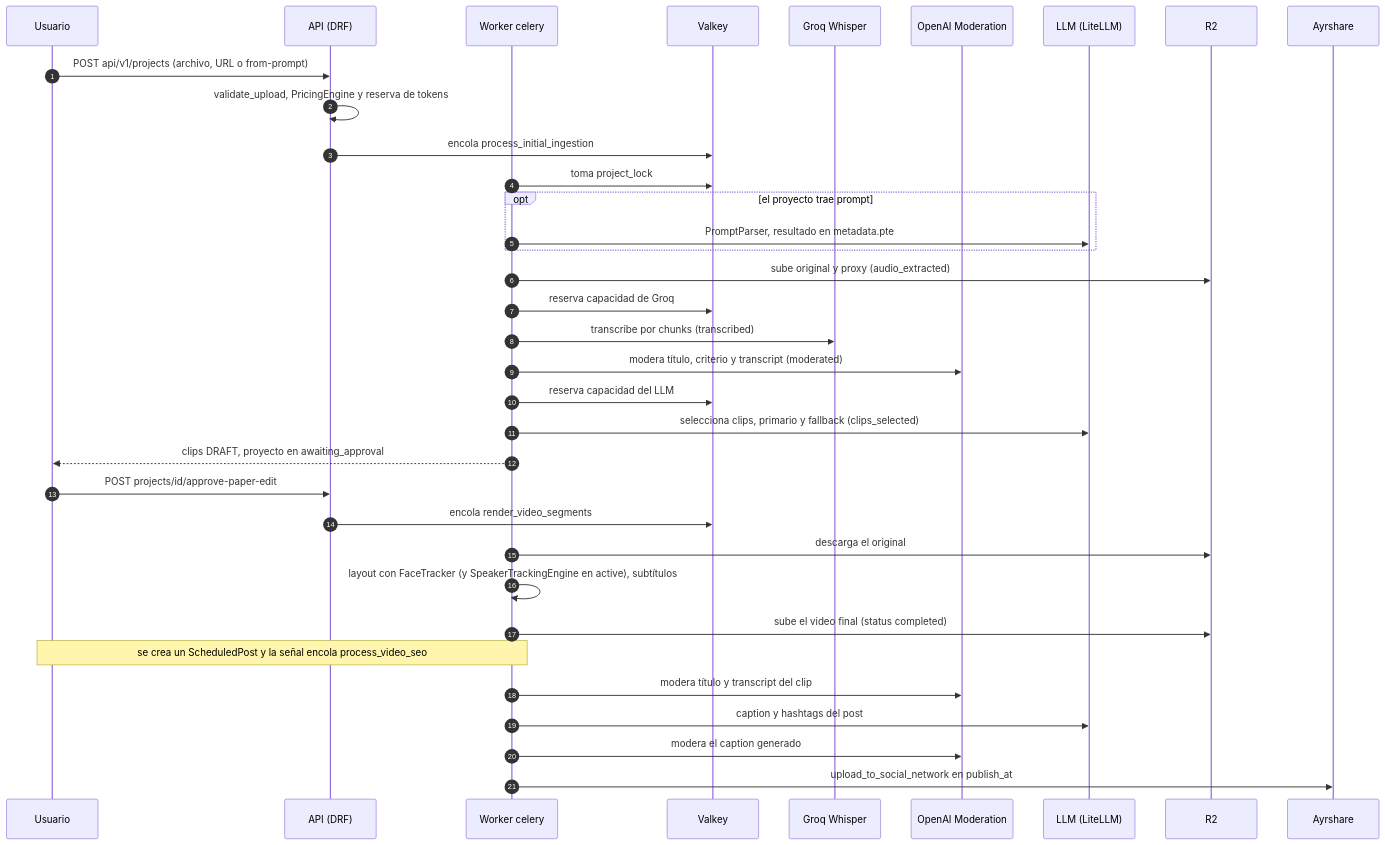
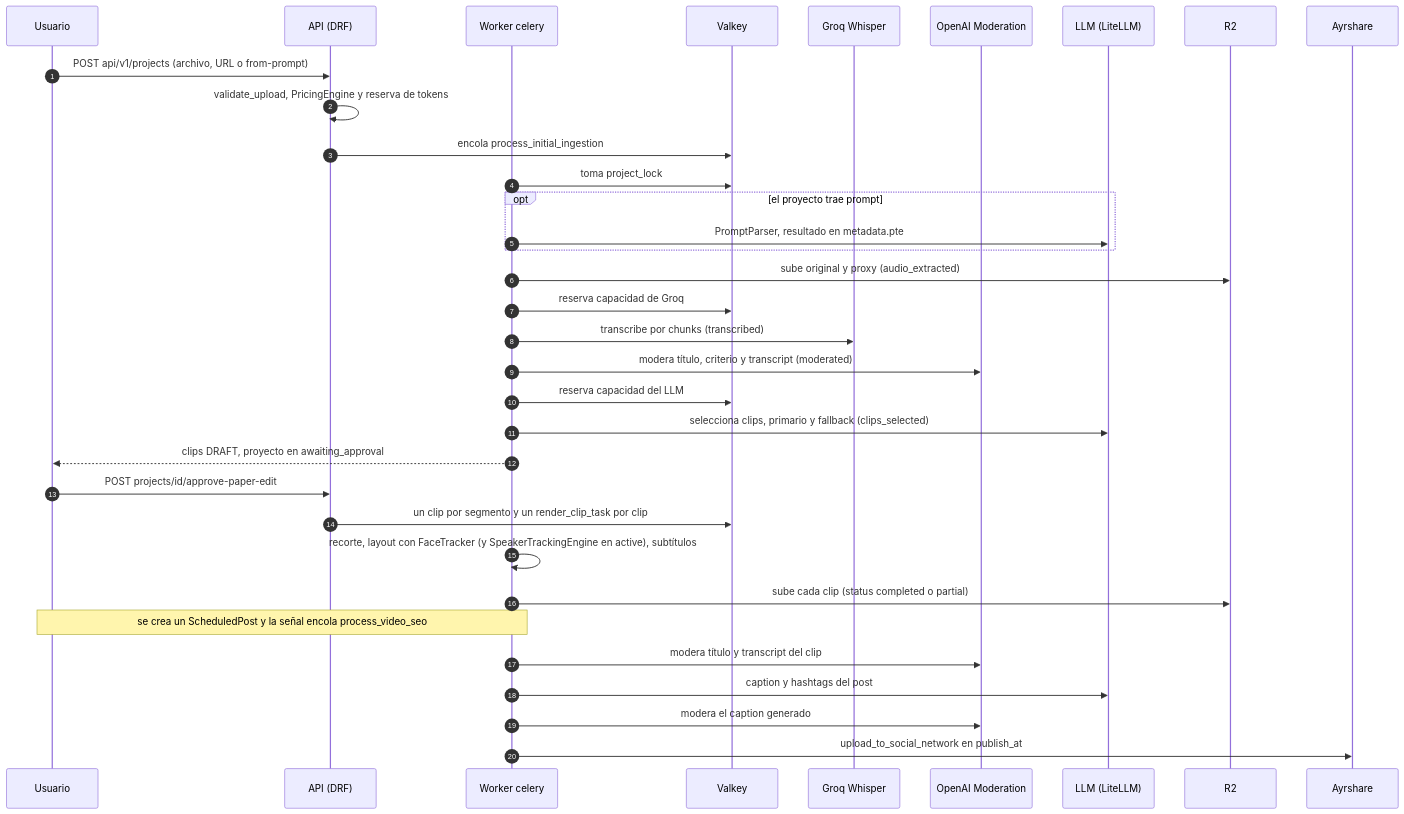
The second of 2 diagrams in documents/ia/README.md (RomeKai/videoeditUTN), drawn with Mermaid before and after one commit. The commit also changed other lines of this file and 17 other files, not shown here.

````diff
--- a/documents/ia/README.md
+++ b/documents/ia/README.md
@@ -100,38 +100,37 @@
 ```mermaid
 sequenceDiagram
     autonumber
     participant U as Usuario
     participant API as API (DRF)
     participant W as Worker celery
     participant VK as Valkey
     participant GQ as Groq Whisper
     participant OM as OpenAI Moderation
     participant LLM as LLM (LiteLLM)
     participant ST as R2
     participant AY as Ayrshare
 
     U->>API: POST api/v1/projects (archivo, URL o from-prompt)
     API->>API: validate_upload, PricingEngine y reserva de tokens
     API->>VK: encola process_initial_ingestion
     W->>VK: toma project_lock
     opt el proyecto trae prompt
         W->>LLM: PromptParser, resultado en metadata.pte
     end
     W->>ST: sube original y proxy (audio_extracted)
     W->>VK: reserva capacidad de Groq
     W->>GQ: transcribe por chunks (transcribed)
     W->>OM: modera título, criterio y transcript (moderated)
     W->>VK: reserva capacidad del LLM
     W->>LLM: selecciona clips, primario y fallback (clips_selected)
     W-->>U: clips DRAFT, proyecto en awaiting_approval
     U->>API: POST projects/id/approve-paper-edit
-    API->>VK: encola render_video_segments
-    W->>ST: descarga el original
-    W->>W: layout con FaceTracker (y SpeakerTrackingEngine en active), subtítulos
-    W->>ST: sube el video final (status completed)
+    API->>VK: un clip por segmento y un render_clip_task por clip
+    W->>W: recorte, layout con FaceTracker (y SpeakerTrackingEngine en active), subtítulos
+    W->>ST: sube cada clip (status completed o partial)
     Note over U,W: se crea un ScheduledPost y la señal encola process_video_seo
     W->>OM: modera título y transcript del clip
     W->>LLM: caption y hashtags del post
     W->>OM: modera el caption generado
     W->>AY: upload_to_social_network en publish_at
 ```
````
